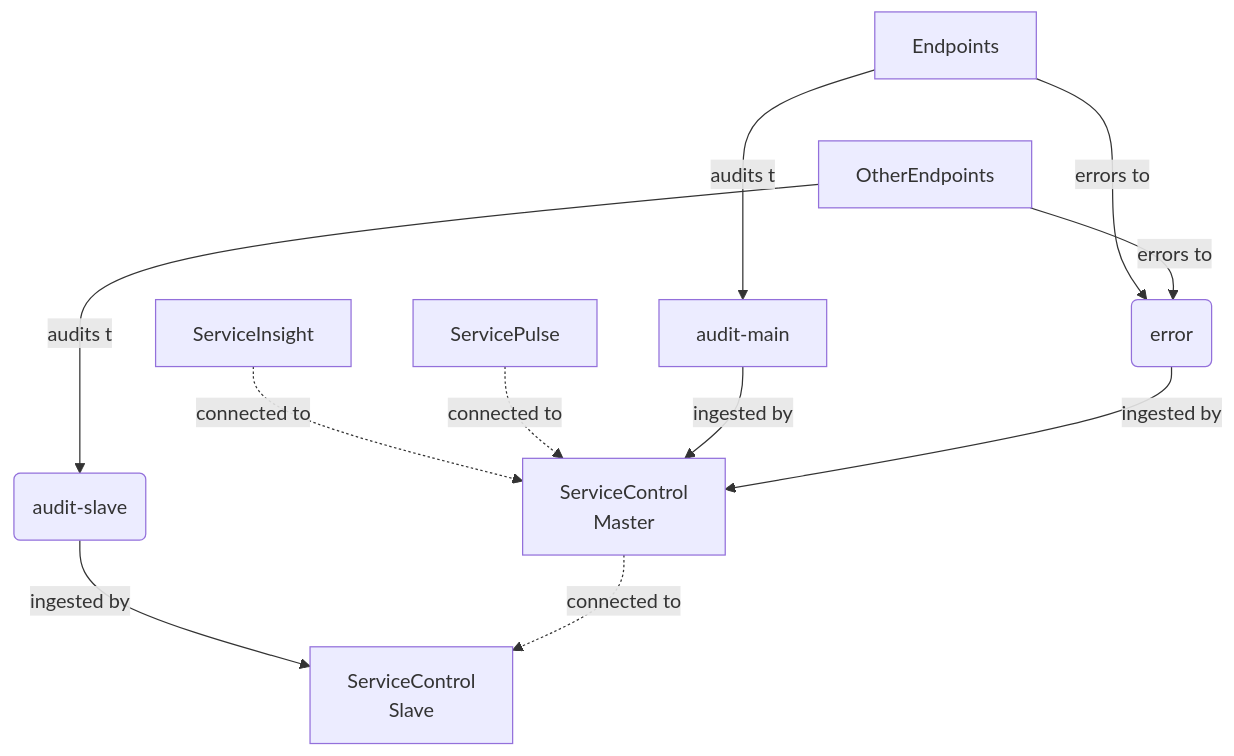
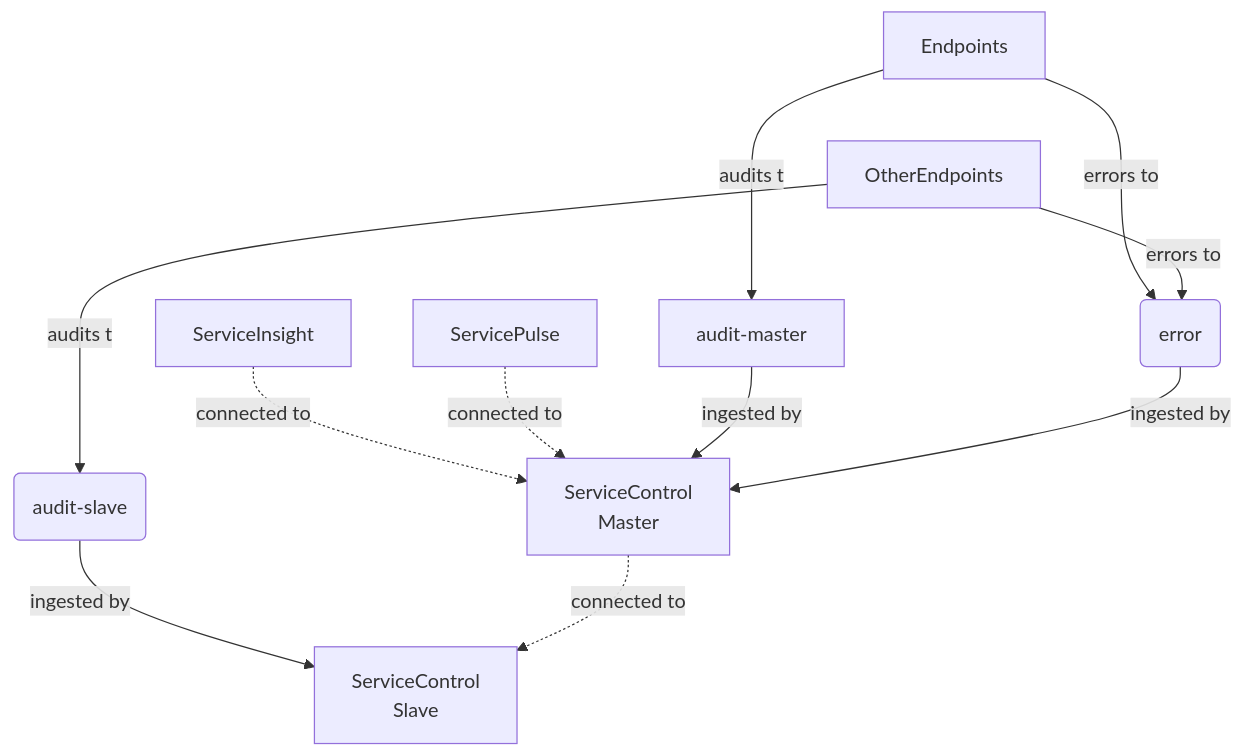
One commit to Particular/docs.particular.net changed the diagram in servicecontrol/servicecontrol-instances/distributed-instances.md. Above: the diagram before and after it, drawn with Mermaid. The commit also changed other lines of this file, not shown here.

````diff
--- a/servicecontrol/servicecontrol-instances/distributed-instances.md
+++ b/servicecontrol/servicecontrol-instances/distributed-instances.md
@@ -27,15 +27,15 @@
 ```mermaid
 graph TD
 SI[ServiceInsight] -. connected to .->Master
 SP[ServicePulse] -. connected to .-> Master
-Endpoints -- audits to--> AuditsMain[audit-main]
+Endpoints -- audits to--> AuditsMain[audit-master]
 OtherEndpoints -- audits to--> AuditsSlave(audit-slave)
 Endpoints -- errors to --> Errors(error)
 OtherEndpoints -- errors to --> Errors(error)
 Master[ServiceControl<br/>Master]
 Slave[ServiceControl<br/>Slave]
 AuditsMain -- ingested by --> Master
 Errors-- ingested by --> Master
 AuditsSlave -- ingested by --> Slave
 Master -. connected to .-> Slave
 ```
````
